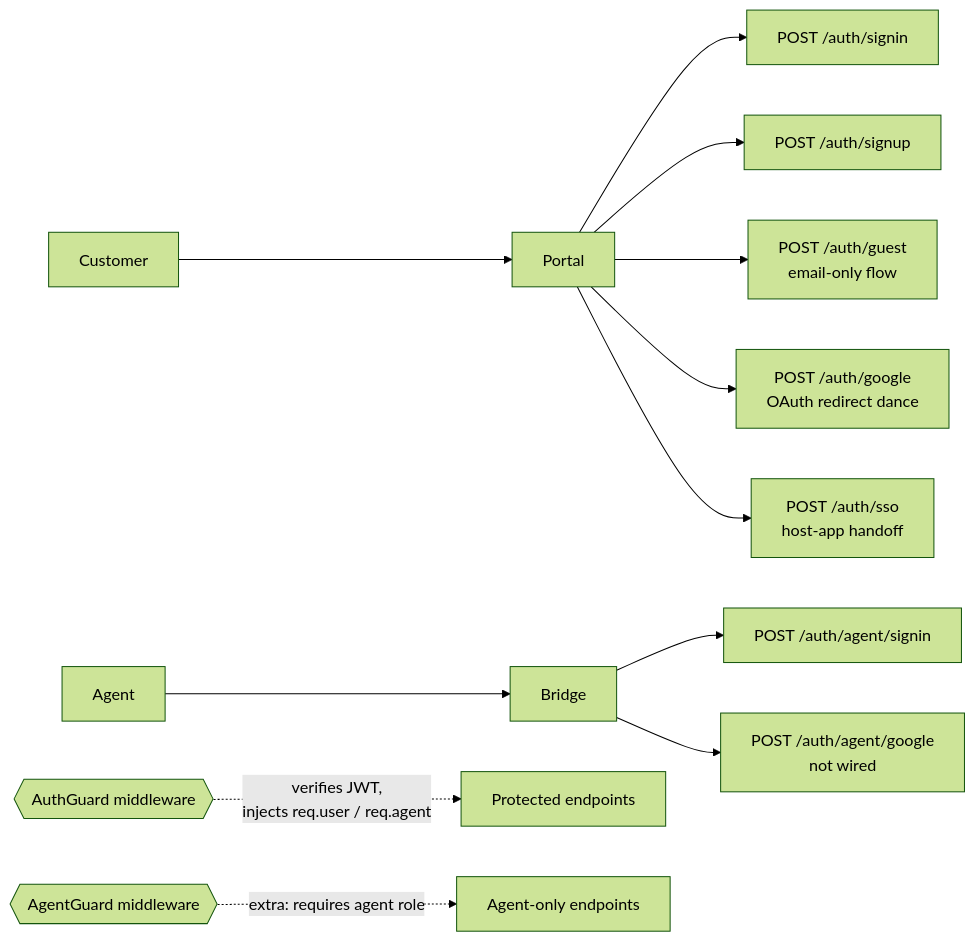
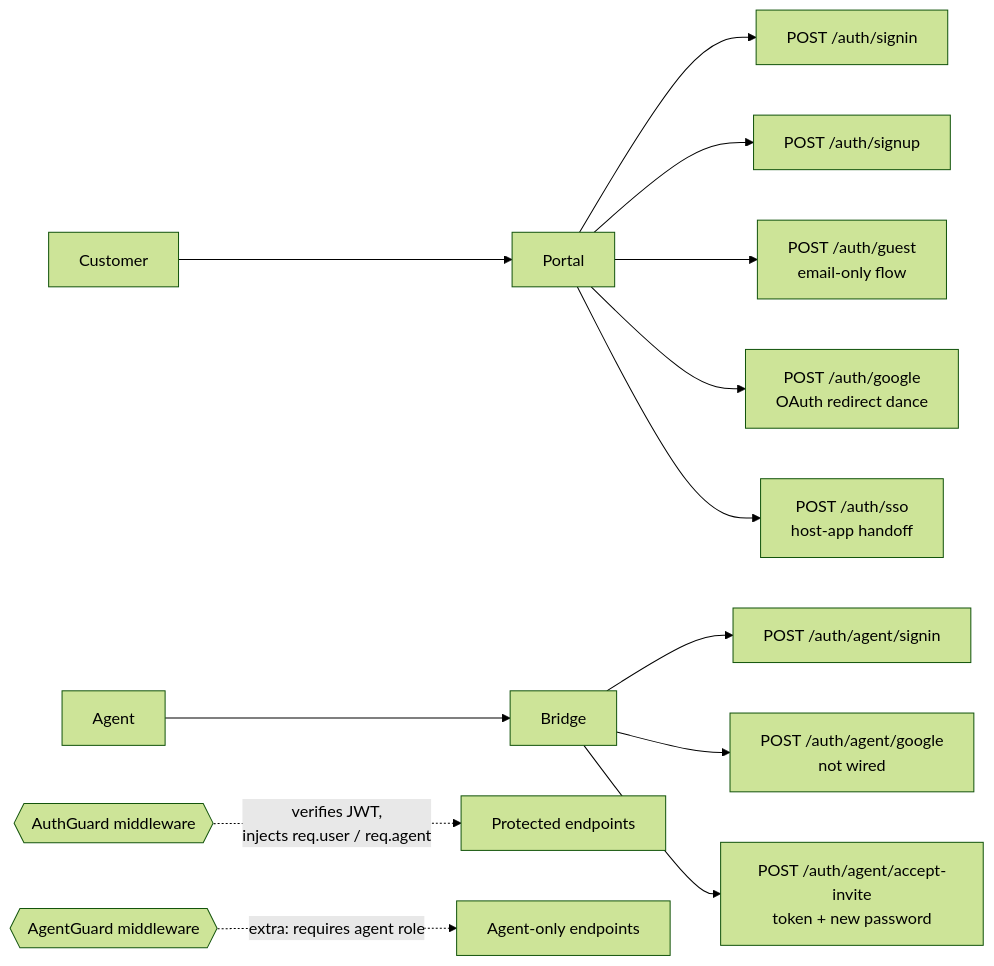
One commit to Vignesh-Siva96/tmr_athena changed the first of 4 diagrams in docs/atlas/auth.md. Above: the diagram before and after it, drawn with Mermaid (forest theme). The commit also changed other lines of this file and 134 other files, not shown here.

````diff
--- a/docs/atlas/auth.md
+++ b/docs/atlas/auth.md
@@ -23,18 +23,19 @@
 ```mermaid
 flowchart LR
   Customer[Customer] --> Portal
   Portal --> EP[POST /auth/signin]
   Portal --> SU[POST /auth/signup]
   Portal --> Guest[POST /auth/guest<br/>email-only flow]
   Portal --> GO[POST /auth/google<br/>OAuth redirect dance]
   Portal --> SSO[POST /auth/sso<br/>host-app handoff]
 
   Agent[Agent] --> Bridge
   Bridge --> AS[POST /auth/agent/signin]
   Bridge --> AG[POST /auth/agent/google<br/>not wired]
+  Bridge --> AI[POST /auth/agent/accept-invite<br/>token + new password]
 
   AuthGuard{{AuthGuard middleware}}
   AgentGuard{{AgentGuard middleware}}
   AuthGuard -.->|verifies JWT,<br/>injects req.user / req.agent| Protected[Protected endpoints]
   AgentGuard -.->|extra: requires agent role| AgentOnly[Agent-only endpoints]
 ```
````
